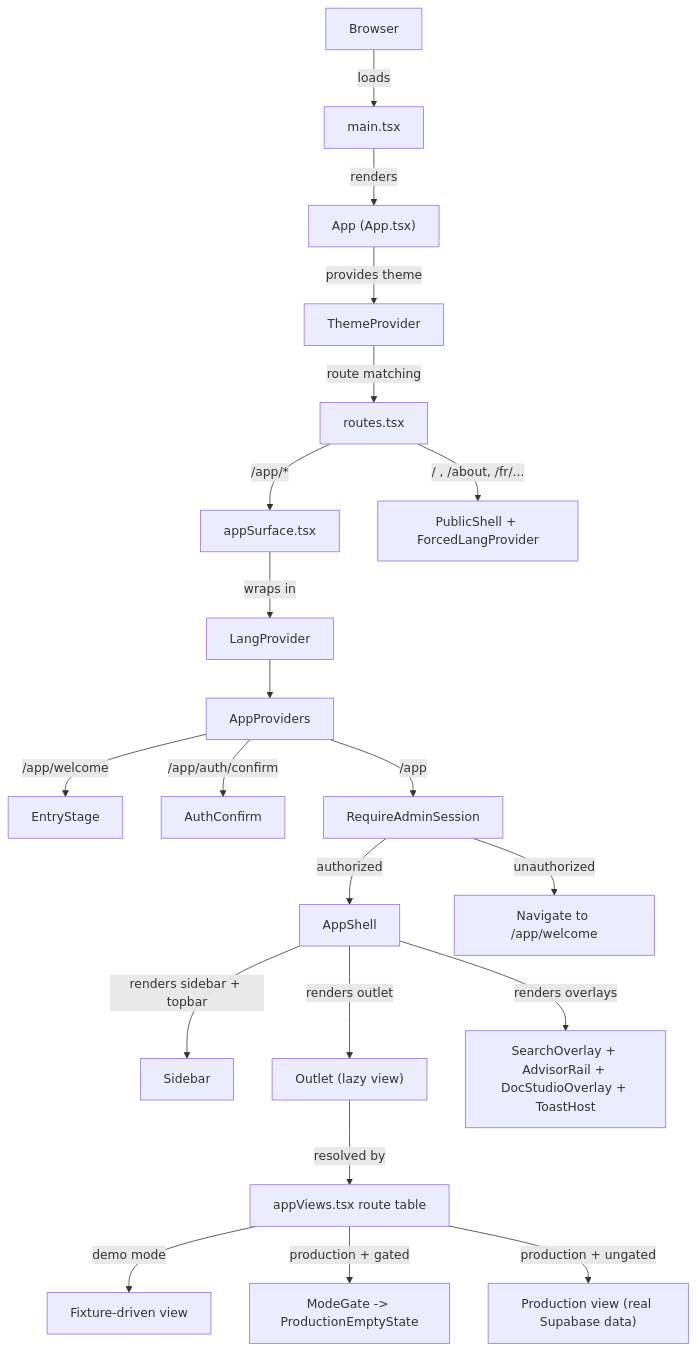
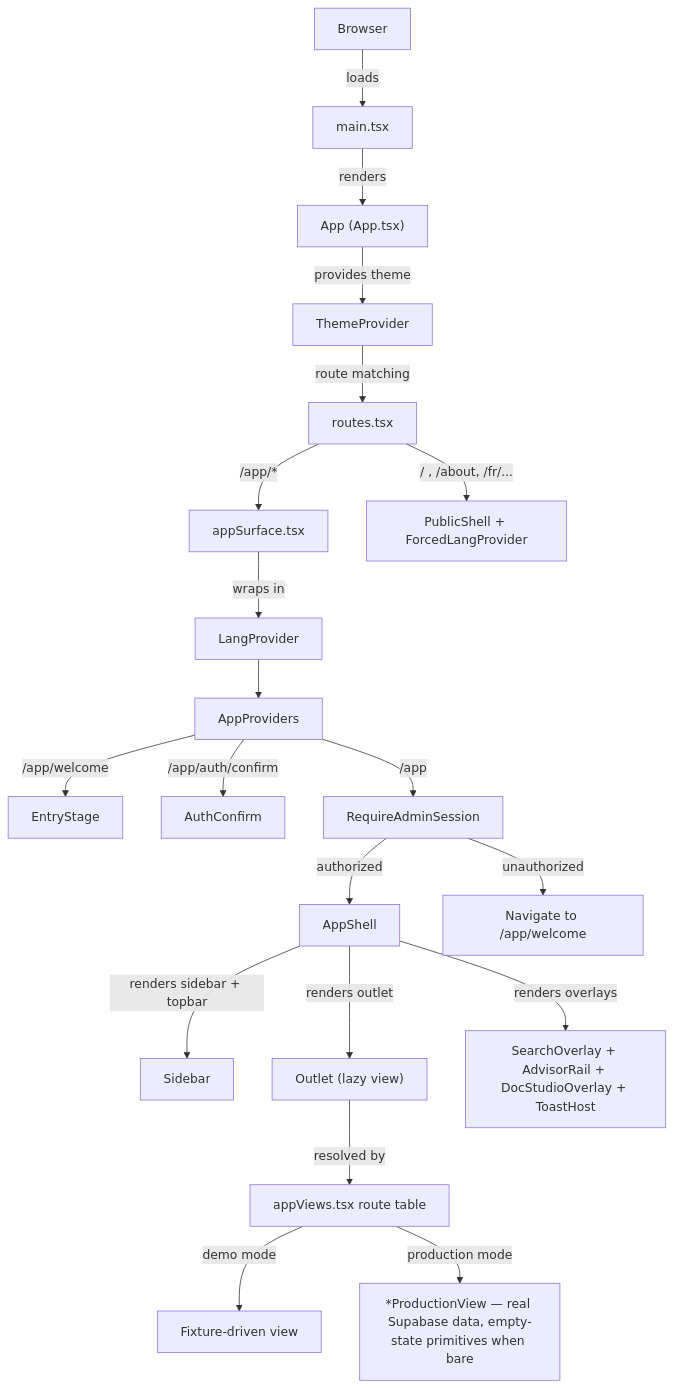
One commit to Dutiva-Canada/Dutiva_Web changed the third of 3 diagrams in docs/wiki/Core-Application-Architecture.md. Above: the diagram before and after it, drawn with Mermaid. The commit also changed other lines of this file and 84 other files, not shown here.

````diff
--- a/docs/wiki/Core-Application-Architecture.md
+++ b/docs/wiki/Core-Application-Architecture.md
@@ -147,29 +147,28 @@
 ```mermaid
 flowchart TD
     Browser["Browser"] -->|"loads"| MainTsx["main.tsx"]
     MainTsx -->|"renders"| AppComponent["App (App.tsx)"]
     AppComponent -->|"provides theme"| ThemeProvider["ThemeProvider"]
     ThemeProvider -->|"route matching"| RoutesFile["routes.tsx"]
 
     RoutesFile -->|"/app/*"| AppSurface["appSurface.tsx"]
     RoutesFile -->|"/ , /about, /fr/..."| PublicShell["PublicShell + ForcedLangProvider"]
 
     AppSurface -->|"wraps in"| LangProviderApp["LangProvider"]
     LangProviderApp --> AppProviders["AppProviders"]
 
     AppProviders -->|"/app/welcome"| EntryStage["EntryStage"]
     AppProviders -->|"/app/auth/confirm"| AuthConfirm["AuthConfirm"]
     AppProviders -->|"/app"| RequireAdmin["RequireAdminSession"]
 
     RequireAdmin -->|"authorized"| AppShellComp["AppShell"]
     RequireAdmin -->|"unauthorized"| Redirect["Navigate to /app/welcome"]
 
     AppShellComp -->|"renders sidebar + topbar"| Sidebar["Sidebar"]
     AppShellComp -->|"renders outlet"| Outlet["Outlet (lazy view)"]
     AppShellComp -->|"renders overlays"| Overlays["SearchOverlay + AdvisorRail + DocStudioOverlay + ToastHost"]
 
     Outlet -->|"resolved by"| AppViews["appViews.tsx route table"]
     AppViews -->|"demo mode"| DemoView["Fixture-driven view"]
-    AppViews -->|"production + gated"| ModeGateComp["ModeGate -> ProductionEmptyState"]
-    AppViews -->|"production + ungated"| ProdView["Production view (real Supabase data)"]
+    AppViews -->|"production mode"| ProdView["*ProductionView — real Supabase data, empty-state primitives when bare"]
 ```
````
